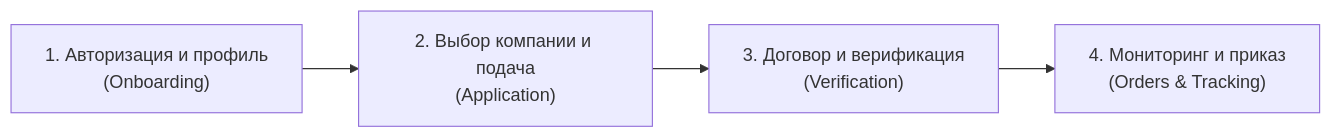
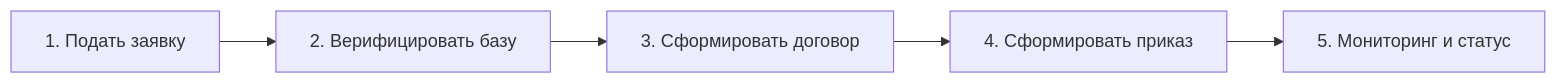
Before and after one commit to M10R7/praktika-tracker: the diagram in docs/requirements/story_map.md, drawn with Mermaid. The commit also changed other lines of this file and 3 other files, not shown here.

````diff
--- a/docs/requirements/story_map.md
+++ b/docs/requirements/story_map.md
@@ -11,6 +12,7 @@
 ```mermaid
 flowchart LR
-    A["1. Авторизация и профиль<br/>(Onboarding)"] --> B["2. Выбор компании и подача<br/>(Application)"]
-    B --> C["3. Договор и верификация<br/>(Verification)"]
-    C --> D["4. Мониторинг и приказ<br/>(Orders & Tracking)"]
+    A["1. Подать заявку"] --> B["2. Верифицировать базу"]
+    B --> C["3. Сформировать договор"]
+    C --> D["4. Сформировать приказ"]
+    D --> E["5. Мониторинг и статус"]
 ```
````
